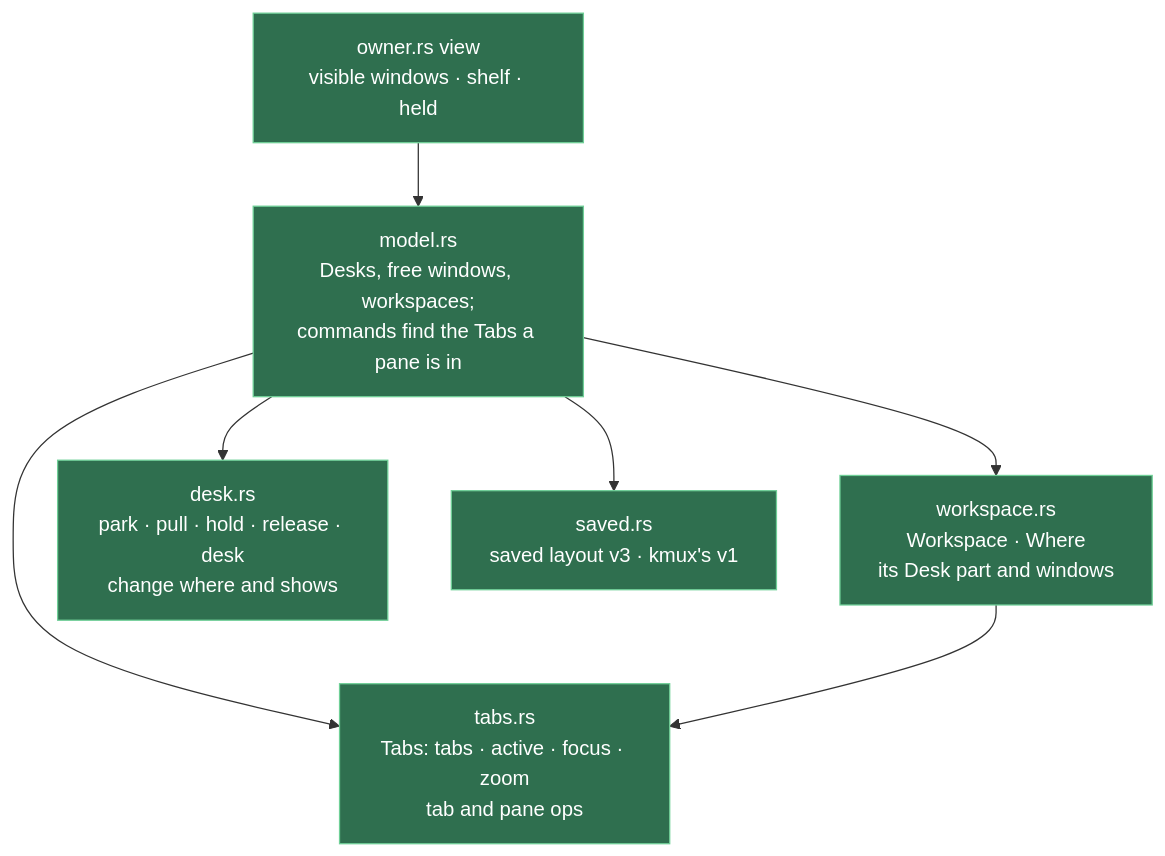
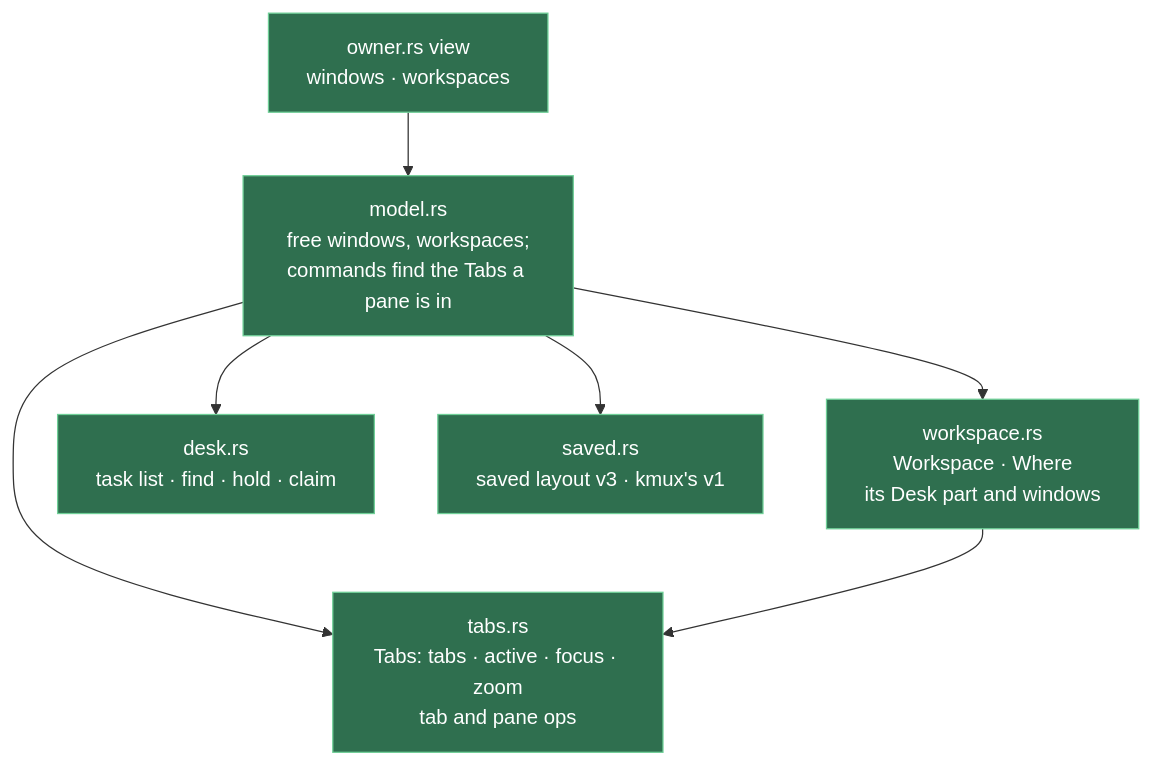
Before and after one commit to tampopogk/kanna: the second of 3 diagrams in docs/specs/workspaces.md, drawn with Mermaid. The commit also changed other lines of this file and 39 other files, not shown here.

````diff
--- a/docs/specs/workspaces.md
+++ b/docs/specs/workspaces.md
@@ -165,14 +137,14 @@
 ```mermaid
 flowchart TB
     T["tabs.rs<br/>Tabs: tabs · active · focus · zoom<br/>tab and pane ops"]
     WS["workspace.rs<br/>Workspace · Where<br/>its Desk part and windows"]
-    D["desk.rs<br/>park · pull · hold · release · desk<br/>change where and shows"]
-    M["model.rs<br/>Desks, free windows, workspaces;<br/>commands find the Tabs a pane is in"]
-    O["owner.rs view<br/>visible windows · shelf · held"]
+    D["desk.rs<br/>task list · find · hold · claim"]
+    M["model.rs<br/>free windows, workspaces;<br/>commands find the Tabs a pane is in"]
+    O["owner.rs view<br/>windows · workspaces"]
     S["saved.rs<br/>saved layout v3 · kmux's v1"]
     M --> D & WS & T & S
     WS --> T
     O --> M
     classDef ours fill:#2f6f4f,stroke:#6fcf97,color:#ffffff
     class T,WS,D,M,O,S ours
 ```
````
